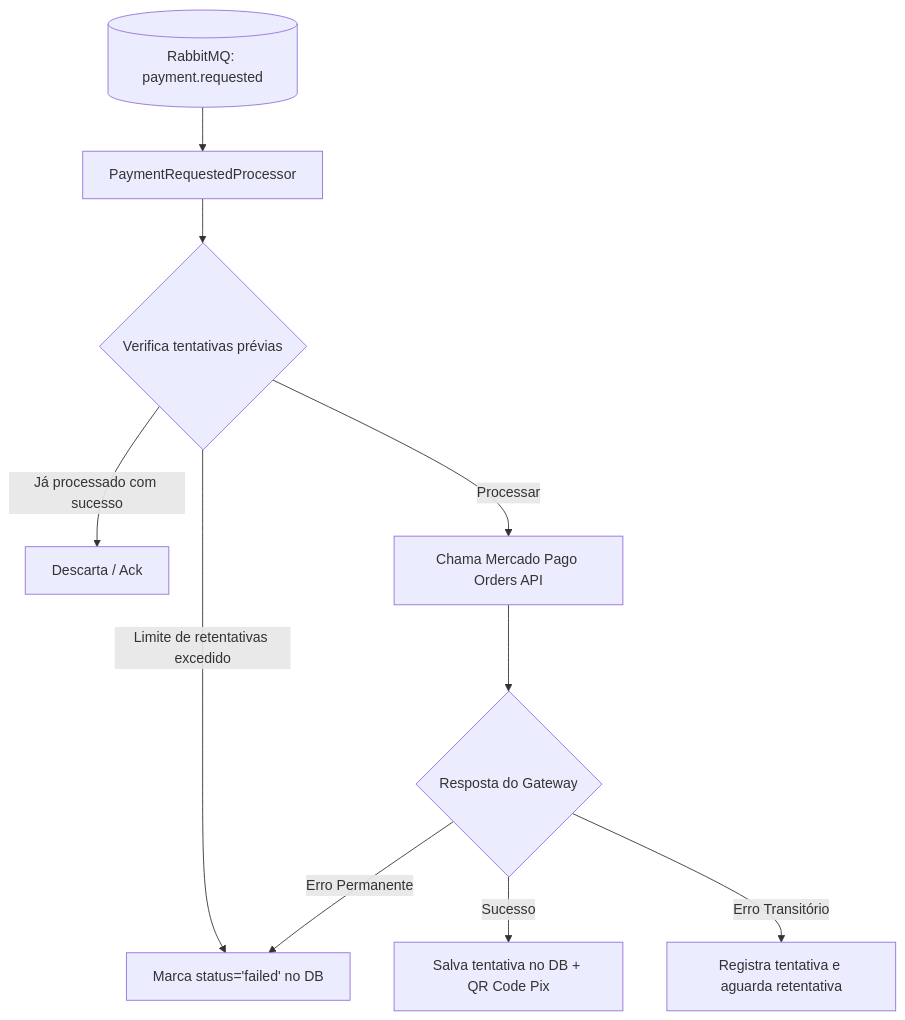
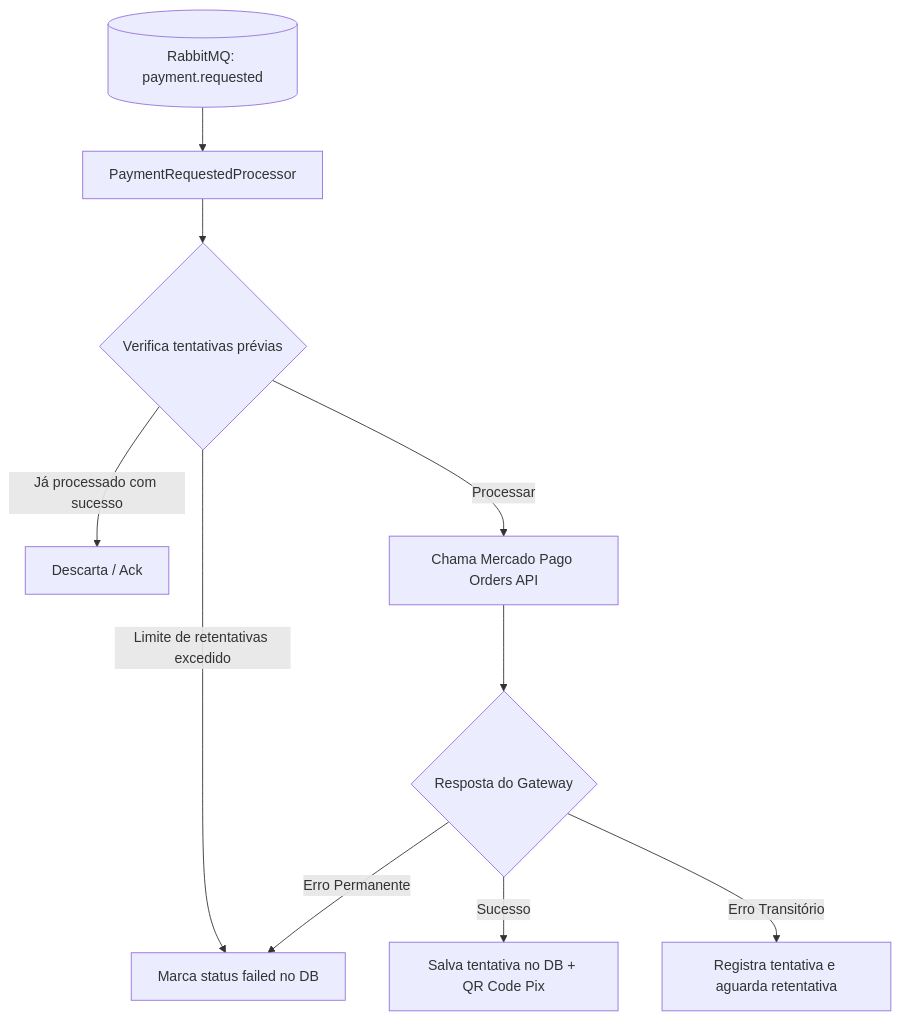
The diagram in payment-consumer/README.md (JoaoVitorML-BR/payment-api-go), drawn with Mermaid before and after one commit. The commit also changed 1 other file, not shown here.

Commit message:
docs: standardize all flowchart and sequence mermaid diagrams to fix GitHub render error

````diff
--- a/payment-consumer/README.md
+++ b/payment-consumer/README.md
@@ -32,13 +32,13 @@
 ```mermaid
-graph TD
-    Queue[(RabbitMQ: payment.requested)] --> Processor[PaymentRequestedProcessor]
-    Processor --> CheckAttempt{Verifica tentativas prévias}
-    CheckAttempt -- Já processado com sucesso --> Ack[Descarta / Ack]
-    CheckAttempt -- Limite de retentativas excedido --> MarkFailed[Marca status='failed' no DB]
-    CheckAttempt -- Processar --> CallGateway[Chama Mercado Pago Orders API]
+flowchart TD
+    Queue[("RabbitMQ: payment.requested")] --> Processor["PaymentRequestedProcessor"]
+    Processor --> CheckAttempt{"Verifica tentativas prévias"}
+    CheckAttempt -- "Já processado com sucesso" --> Ack["Descarta / Ack"]
+    CheckAttempt -- "Limite de retentativas excedido" --> MarkFailed["Marca status failed no DB"]
+    CheckAttempt -- "Processar" --> CallGateway["Chama Mercado Pago Orders API"]
     
-    CallGateway --> GatewayResp{Resposta do Gateway}
-    GatewayResp -- Sucesso --> SaveAttemptSuccess[Salva tentativa no DB + QR Code Pix]
-    GatewayResp -- Erro Transitório --> Retry[Registra tentativa e aguarda retentativa]
-    GatewayResp -- Erro Permanente --> MarkFailed
+    CallGateway --> GatewayResp{"Resposta do Gateway"}
+    GatewayResp -- "Sucesso" --> SaveAttemptSuccess["Salva tentativa no DB + QR Code Pix"]
+    GatewayResp -- "Erro Transitório" --> Retry["Registra tentativa e aguarda retentativa"]
+    GatewayResp -- "Erro Permanente" --> MarkFailed
 ```
````
